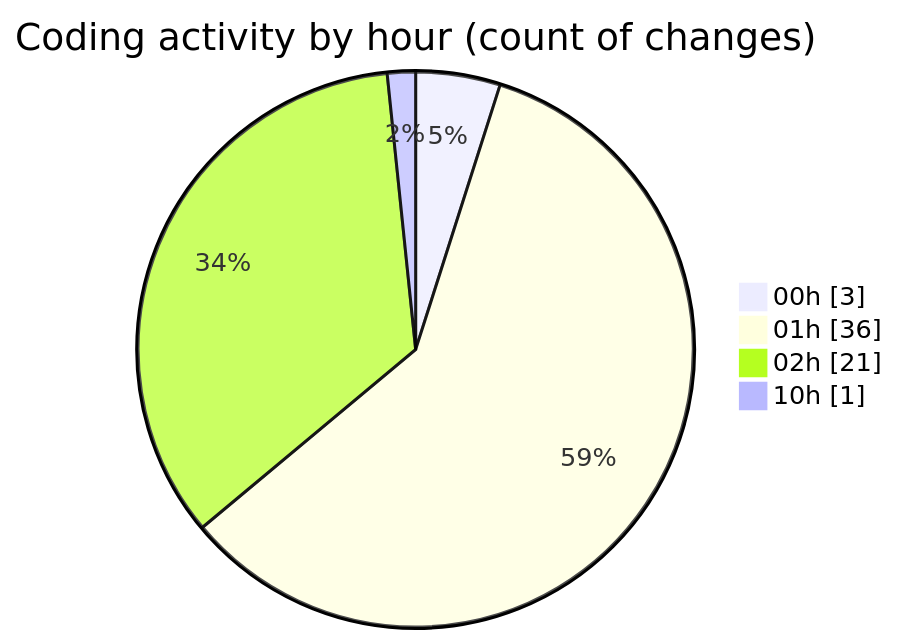
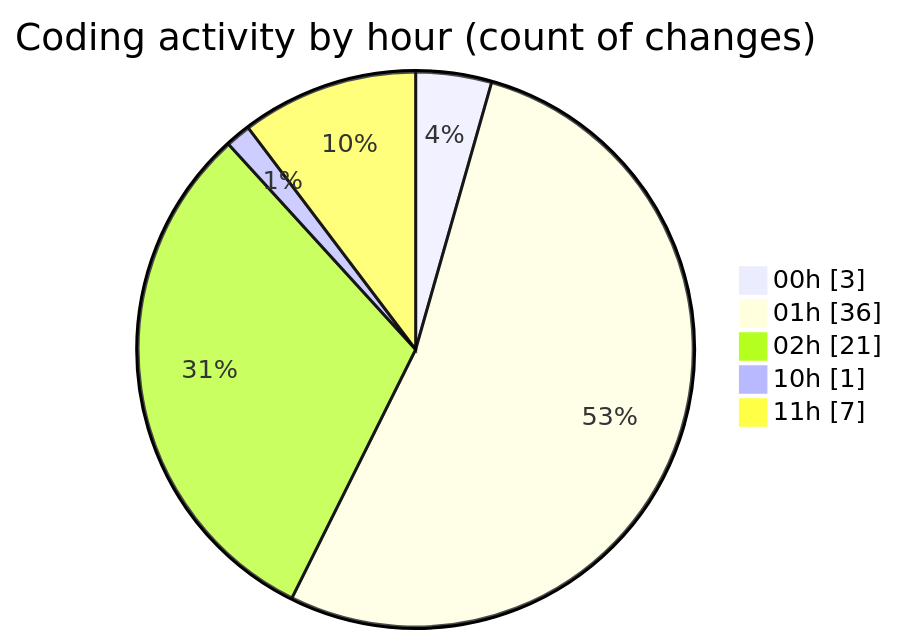
One commit to lephambinh05/code-tracking changed the second of 2 diagrams in 2025-09-05/hiai-phf/README.md. Above: the diagram before and after it, drawn with Mermaid. The commit also changed other lines of this file and 1 other file, not shown here.

````diff
--- a/2025-09-05/hiai-phf/README.md
+++ b/2025-09-05/hiai-phf/README.md
@@ -45,8 +52,9 @@
 ```mermaid
 pie showData
 title Coding activity by hour (count of changes)
 "00h" : 3
 "01h" : 36
 "02h" : 21
 "10h" : 1
+"11h" : 7
 ```
````
